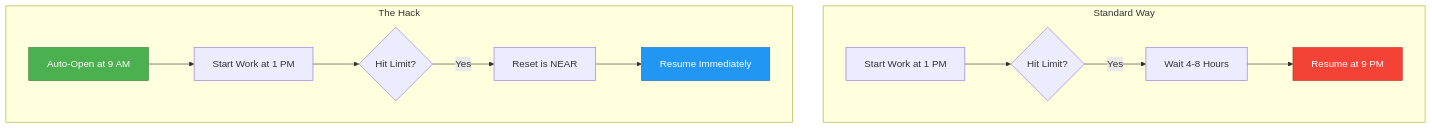
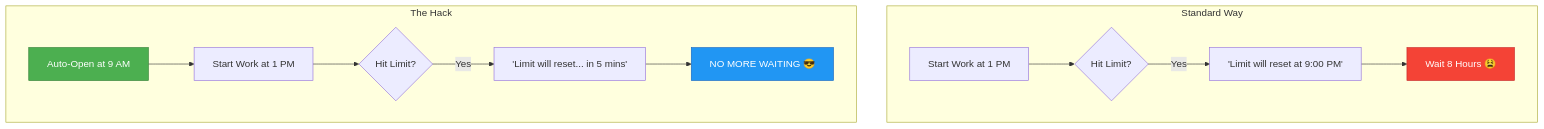
One commit to MahmoudMabrok/SessionPlanner changed the diagram in README.md. Above: the diagram before and after it, drawn with Mermaid.

Commit message:
docs: refine flowchart labels

````diff
--- a/README.md
+++ b/README.md
@@ -20,19 +20,19 @@
 ```mermaid
 graph TD
     subgraph Standard_Way [Standard Way]
     A1[Start Work at 1 PM] --> B1{Hit Limit?}
-    B1 -- Yes --> C1[Wait 4-8 Hours]
-    C1 --> D1[Resume at 9 PM]
+    B1 -- Yes --> C1["'Limit will reset at 9:00 PM'"]
+    C1 --> D1[Wait 8 Hours 😫]
     end
 
     subgraph The_Hack [The Hack]
     A2[Auto-Open at 9 AM] --> B2[Start Work at 1 PM]
     B2 --> C2{Hit Limit?}
-    C2 -- Yes --> D2[Reset is NEAR]
-    D2 --> E2[Resume Immediately]
+    C2 -- Yes --> D2["'Limit will reset... in 5 mins'"]
+    D2 --> E2[NO MORE WAITING 😎]
     end
 
     style A2 fill:#4CAF50,stroke:#2E7D32,color:#fff
     style E2 fill:#2196F3,stroke:#1565C0,color:#fff
     style D1 fill:#f44336,stroke:#c62828,color:#fff
 ```
````
